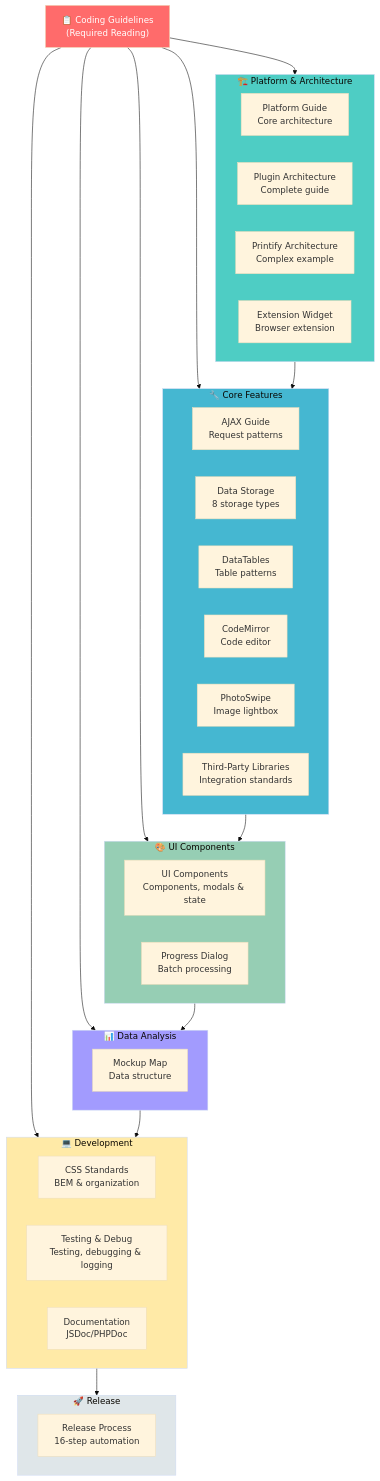
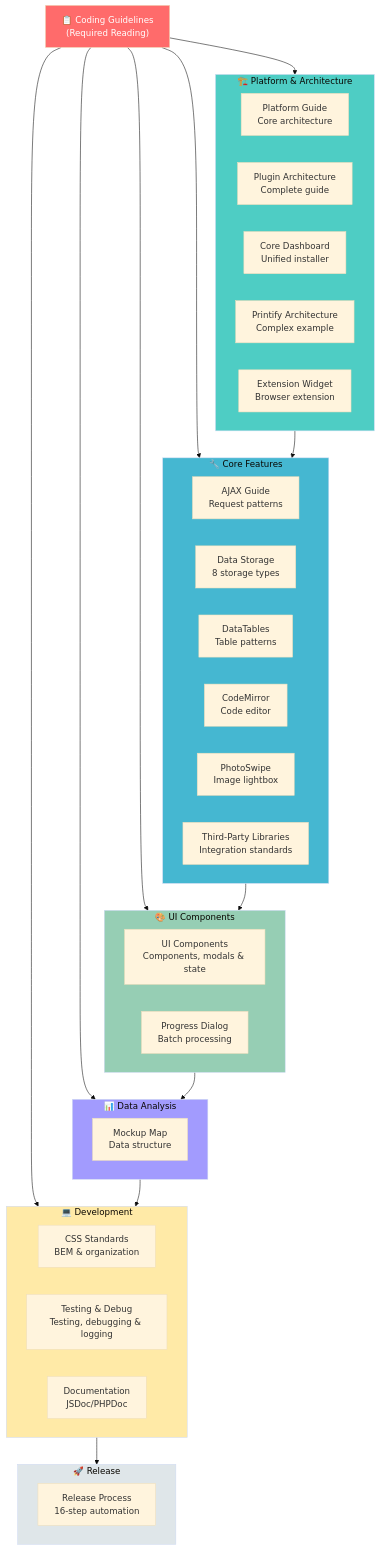
The diagram in index.md (tdemelle-SiP/.claude), drawn with Mermaid (base theme) before and after one commit. The commit also changed other lines of this file and 17 other files, not shown here.

````diff
--- a/index.md
+++ b/index.md
@@ -69,59 +37,60 @@
 ```mermaid
 graph TD
     Guidelines["📋 Coding Guidelines<br/>(Required Reading)"]
     
     subgraph Platform["🏗️ Platform & Architecture"]
         PlatformGuide["Platform Guide<br/>Core architecture"]
         Architecture["Plugin Architecture<br/>Complete guide"]
+        CoreDashboard["Core Dashboard<br/>Unified installer"]
         PrintifyArch["Printify Architecture<br/>Complex example"]
         Extension["Extension Widget<br/>Browser extension"]
     end
     
     subgraph Features["🔧 Core Features"]
         Ajax["AJAX Guide<br/>Request patterns"]
         Storage["Data Storage<br/>8 storage types"]
         DataTables["DataTables<br/>Table patterns"]
         CodeMirror["CodeMirror<br/>Code editor"]
         PhotoSwipe["PhotoSwipe<br/>Image lightbox"]
         ThirdParty["Third-Party Libraries<br/>Integration standards"]
     end
     
     subgraph UI["🎨 UI Components"]
         Components["UI Components<br/>Components, modals & state"]
         Progress["Progress Dialog<br/>Batch processing"]
     end
     
     subgraph Data["📊 Data Analysis"]
         MockupMap["Mockup Map<br/>Data structure"]
     end
     
     subgraph Dev["💻 Development"]
         CSS["CSS Standards<br/>BEM & organization"]
         TestDebug["Testing & Debug<br/>Testing, debugging & logging"]
         Docs["Documentation<br/>JSDoc/PHPDoc"]
     end
     
     subgraph Release["🚀 Release"]
         ReleaseMgmt["Release Process<br/>16-step automation"]
     end
     
     Guidelines --> Platform
     Guidelines --> Features
     Guidelines --> UI
     Guidelines --> Data
     Guidelines --> Dev
     
     Platform --> Features
     Features --> UI
     UI --> Data
     Data --> Dev
     Dev --> Release
     
     style Guidelines fill:#ff6b6b,color:#fff
     style Platform fill:#4ecdc4
     style Features fill:#45b7d1
     style UI fill:#96ceb4
     style Data fill:#a29bfe
     style Dev fill:#ffeaa7
     style Release fill:#dfe6e9
 ```
````
